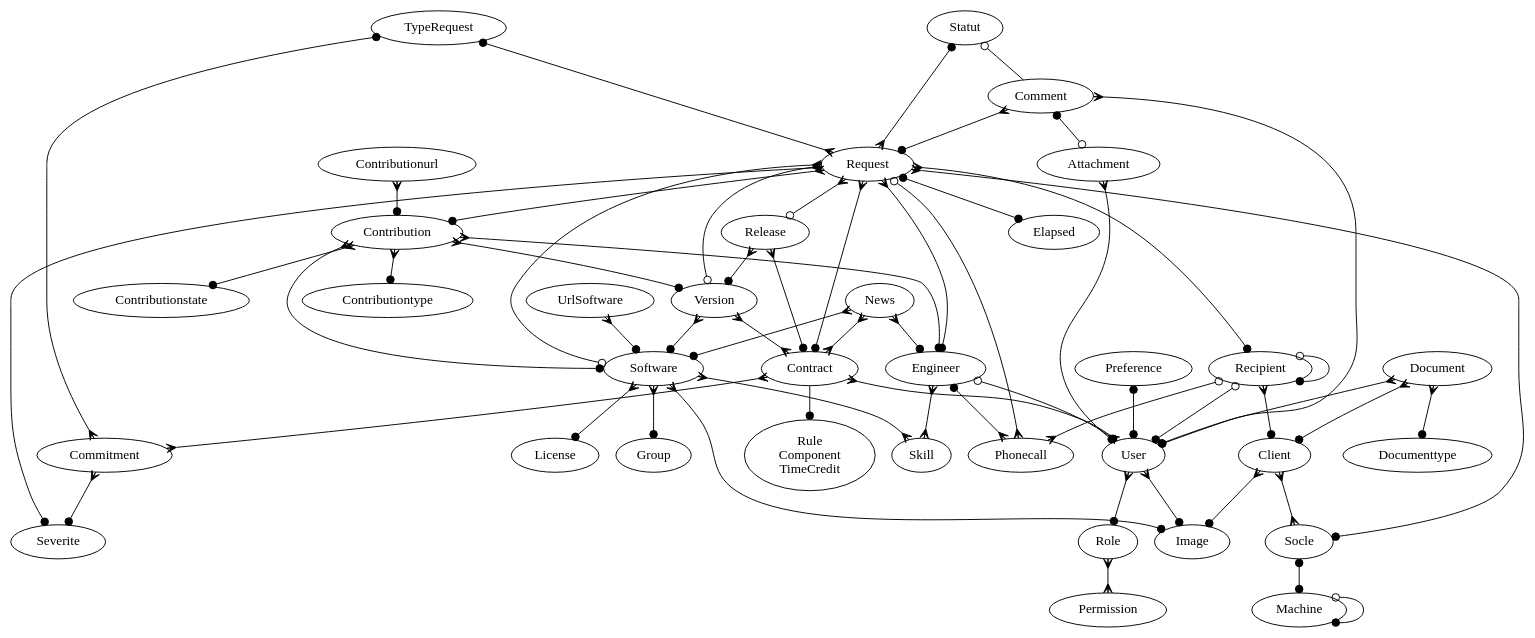
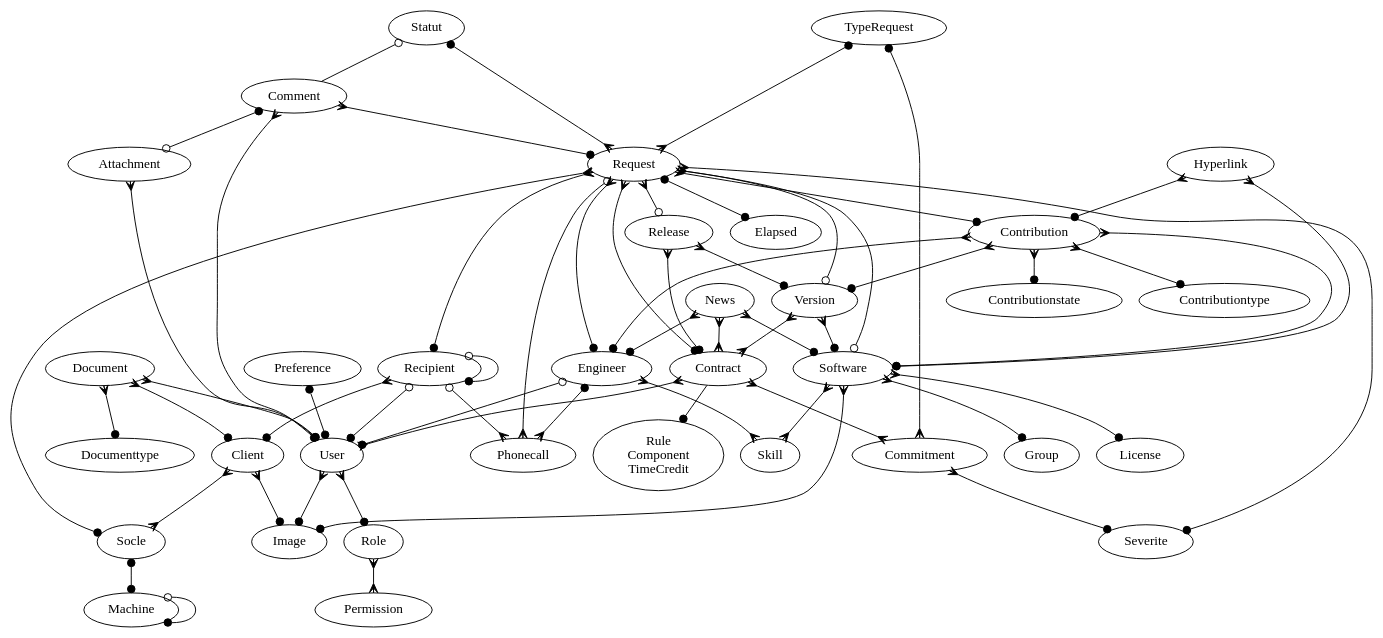
One commit to trivoallan/tosca changed the diagram in doc/data_model.dot. Above: the diagram before and after it, drawn with Graphviz. The commit also changed 44 other files, not shown here.

```diff
--- a/doc/data_model.dot
+++ b/doc/data_model.dot
@@ -1,82 +1,82 @@
 digraph x {
 
 //rotate=90;
 {rank=min; Statut TypeRequest Statut }
 
 Rule [label="Rule\nComponent\nTimeCredit"]
 
 Recipient -> User [arrowhead=dot,arrowtail=odot,dir=both]
 Recipient -> Phonecall [arrowhead=crow,arrowtail=odot,dir=both]
 Recipient -> Client [arrowhead=dot,dir=both,arrowtail=crow]
 Recipient -> Recipient [arrowhead=dot,arrowtail=odot,dir=both]
 
 Client -> Image [arrowhead=dot,dir=both,arrowtail=crow]
 Client -> Socle [arrowhead=crow,dir=both,arrowtail=crow]
 
 Comment -> Request [arrowhead=dot,dir=both,arrowtail=crow]
 Comment -> User [arrowhead=dot,dir=both,arrowtail=crow]
 Comment -> Attachment [arrowhead=odot,dir=both,arrowtail=dot]
 Comment -> Statut [arrowhead=odot]
 
 Contract -> User [arrowhead=crow,dir=both,arrowtail=crow]
 Contract -> Commitment [arrowhead=crow,arrowtail=crow,dir=both]
 Contract -> Rule [arrowhead=dot,arrowtail=crow]
 
 User -> Image [arrowhead=dot,dir=both,arrowtail=crow]
 User -> Role [arrowhead=dot,arrowtail=crow,dir=both]
 Engineer -> Skill [arrowhead=crow,arrowtail=crow,dir=both]
 Engineer -> User [arrowhead=dot,arrowtail=odot,dir=both]
 Engineer -> Phonecall [arrowhead=crow,dir=both,arrowtail=dot]
 
 News -> Engineer [arrowhead=dot,dir=both,arrowtail=crow]
 News -> Contract [arrowhead=crow,dir=both,arrowtail=crow]
 News -> Software [arrowhead=dot,dir=both,arrowtail=crow]
 
 Request -> TypeRequest [arrowhead=dot,dir=both,arrowtail=crow]
 Request -> Elapsed [arrowhead=dot,dir=both,arrowtail=dot]
 Request -> Severite [arrowhead=dot,dir=both,arrowtail=crow]
 Request -> Recipient [arrowhead=dot,dir=both,arrowtail=crow]
 Request -> Socle [arrowhead=dot,dir=both,arrowtail=crow]
 Request -> Contribution [arrowhead=dot,dir=both,arrowtail=crow]
 Request -> Contract [arrowhead=dot,dir=both,arrowtail=crow]
 Request -> Statut [arrowhead=dot,dir=both,arrowtail=crow]
 Request -> Engineer [arrowhead=dot,dir=both,arrowtail=crow]
 Request -> Phonecall [arrowhead=crow,arrowtail=odot,dir=both]
 Request -> Software [arrowhead=odot,dir=both,arrowtail=crow]
 Request -> Release [arrowhead=odot,dir=both,arrowtail=crow]
 Request -> Version [arrowhead=odot,dir=both,arrowtail=crow]
 
 Software -> Skill [arrowhead=crow,arrowtail=crow,dir=both]
 Software -> License [arrowhead=dot,dir=both,arrowtail=crow]
 Software -> Group [arrowhead=dot,dir=both,arrowtail=crow]
 Software -> Image [arrowhead=dot,dir=both,arrowtail=crow]
 
 
 Version -> Software [arrowhead=dot,dir=both,arrowtail=crow]
 Version -> Contract [arrowhead=crow,dir=both,arrowtail=crow]
 
 Release -> Contract [arrowhead=dot,dir=both,arrowtail=crow]
 Release -> Version [arrowhead=dot,dir=both,arrowtail=crow]
 
 
 Preference -> User [arrowhead=dot,arrowtail=dot,dir=both]
 Socle -> Machine [arrowhead=dot,dir=both,arrowtail=dot]
 Machine -> Machine [arrowhead=dot,dir=both,arrowtail=odot]
-UrlSoftware -> Software [arrowhead=dot,dir=both,arrowtail=crow]
+Hyperlink -> Software [arrowhead=dot,dir=both,arrowtail=crow]
 Commitment -> Severite [arrowhead=dot,dir=both,arrowtail=crow]
 Commitment -> TypeRequest [arrowhead=dot,dir=both,arrowtail=crow]
 Role -> Permission [arrowhead=crow,arrowtail=crow,dir=both]
-Contributionurl -> Contribution [arrowhead=dot,dir=both,arrowtail=crow]
+Hyperlink -> Contribution [arrowhead=dot,dir=both,arrowtail=crow]
 
 Contribution -> Contributionstate [arrowhead=dot,dir=both,arrowtail=crow]
 Contribution -> Contributiontype [arrowhead=dot,dir=both,arrowtail=crow]
 Contribution -> Software [arrowhead=dot,dir=both,arrowtail=crow]
 Contribution -> Version [arrowhead=dot,arrowtail=crow,dir=both]
 Contribution -> Engineer [arrowhead=dot,dir=both,arrowtail=crow]
 Attachment -> User [arrowtail=crow,dir=both,arrowhead=dot]
 Document -> Client [arrowhead=dot,dir=both,arrowtail=crow]
 Document -> Documenttype [arrowhead=dot,dir=both,arrowtail=crow]
 Document -> User [arrowhead=dot,dir=both,arrowtail=crow]
 
 
 }
```
